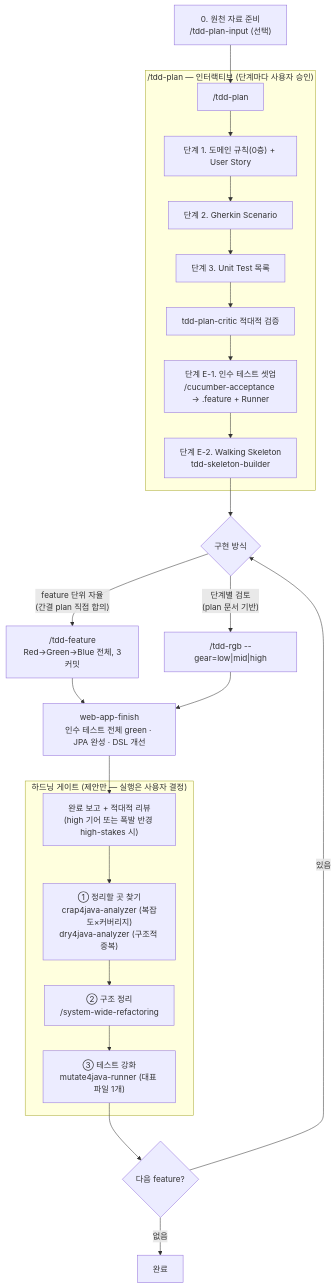
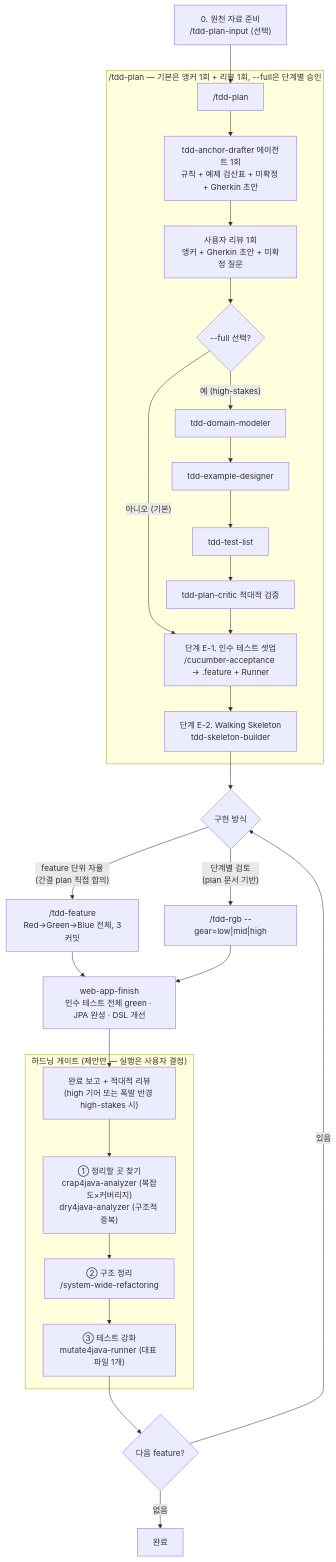
One commit to msbaek/msbaek-claude-plugins changed the diagram in README.md. Above: the diagram before and after it, drawn with Mermaid. The commit also changed other lines of this file, not shown here.

First line of the commit message:
docs(msbaek-tdd): README를 Spec Anchored 플로우로 동기화

````diff
--- a/README.md
+++ b/README.md
@@ -330,26 +347,30 @@
 ```mermaid
 flowchart TD
     A["0. 원천 자료 준비<br>/tdd-plan-input (선택)"] --> B["/tdd-plan"]
-    subgraph PLAN["/tdd-plan — 인터랙티브 (단계마다 사용자 승인)"]
-        B --> C["단계 1. 도메인 규칙(0층) + User Story"]
-        C --> D["단계 2. Gherkin Scenario"]
-        D --> E["단계 3. Unit Test 목록"]
-        E --> F["tdd-plan-critic 적대적 검증"]
-        F --> G["단계 E-1. 인수 테스트 셋업<br>/cucumber-acceptance → .feature + Runner"]
+    subgraph PLAN["/tdd-plan — 기본은 앵커 1회 + 리뷰 1회, --full은 단계별 승인"]
+        B --> C["tdd-anchor-drafter 에이전트 1회<br>규칙 + 예제 검산표 + 미확정 + Gherkin 초안"]
+        C --> D["사용자 리뷰 1회<br>앵커 + Gherkin 초안 + 미확정 질문"]
+        D --> FULL{"--full 선택?"}
+        FULL -->|"아니오 (기본)"| G["단계 E-1. 인수 테스트 셋업<br>/cucumber-acceptance → .feature + Runner"]
+        FULL -->|"예 (high-stakes)"| C1["tdd-domain-modeler"]
+        C1 --> C2["tdd-example-designer"]
+        C2 --> C3["tdd-test-list"]
+        C3 --> C4["tdd-plan-critic 적대적 검증"]
+        C4 --> G
         G --> H["단계 E-2. Walking Skeleton<br>tdd-skeleton-builder"]
     end
     H --> I{"구현 방식"}
     I -->|"feature 단위 자율<br>(간결 plan 직접 합의)"| J["/tdd-feature<br>Red→Green→Blue 전체, 3커밋"]
     I -->|"단계별 검토<br>(plan 문서 기반)"| K["/tdd-rgb --gear=low|mid|high"]
     J --> M["web-app-finish<br>인수 테스트 전체 green · JPA 완성 · DSL 개선"]
     K --> M
     M --> R["완료 보고 + 적대적 리뷰<br>(high 기어 또는 폭발 반경 high-stakes 시)"]
     subgraph HG["하드닝 게이트 (제안만 — 실행은 사용자 결정)"]
         R --> S["① 정리할 곳 찾기<br>crap4java-analyzer (복잡도×커버리지)<br>dry4java-analyzer (구조적 중복)"]
         S --> T["② 구조 정리<br>/system-wide-refactoring"]
         T --> U["③ 테스트 강화<br>mutate4java-runner (대표 파일 1개)"]
     end
     U --> L{"다음 feature?"}
     L -->|있음| I
     L -->|없음| Z["완료"]
 ```
````
